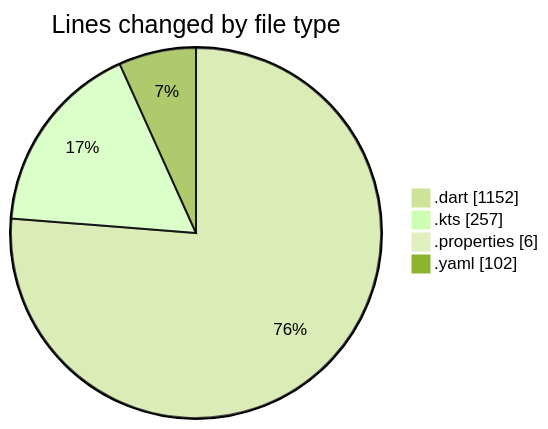
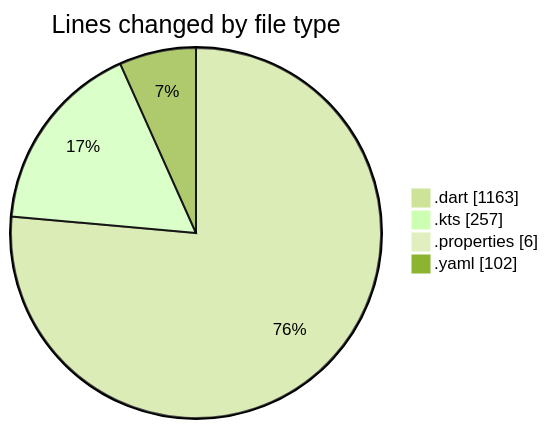
The first of 2 diagrams in 2025-02-24/drivers_app/README.md (donsfak/code-tracking), drawn with Mermaid (forest theme) before and after one commit. The commit also changed other lines of this file and 1 other file, not shown here.

````diff
--- a/2025-02-24/drivers_app/README.md
+++ b/2025-02-24/drivers_app/README.md
@@ -27,8 +27,8 @@
 ```mermaid
 pie showData
 title Lines changed by file type
-".dart" : 1152
+".dart" : 1163
 ".kts" : 257
 ".properties" : 6
 ".yaml" : 102
 ```
````
